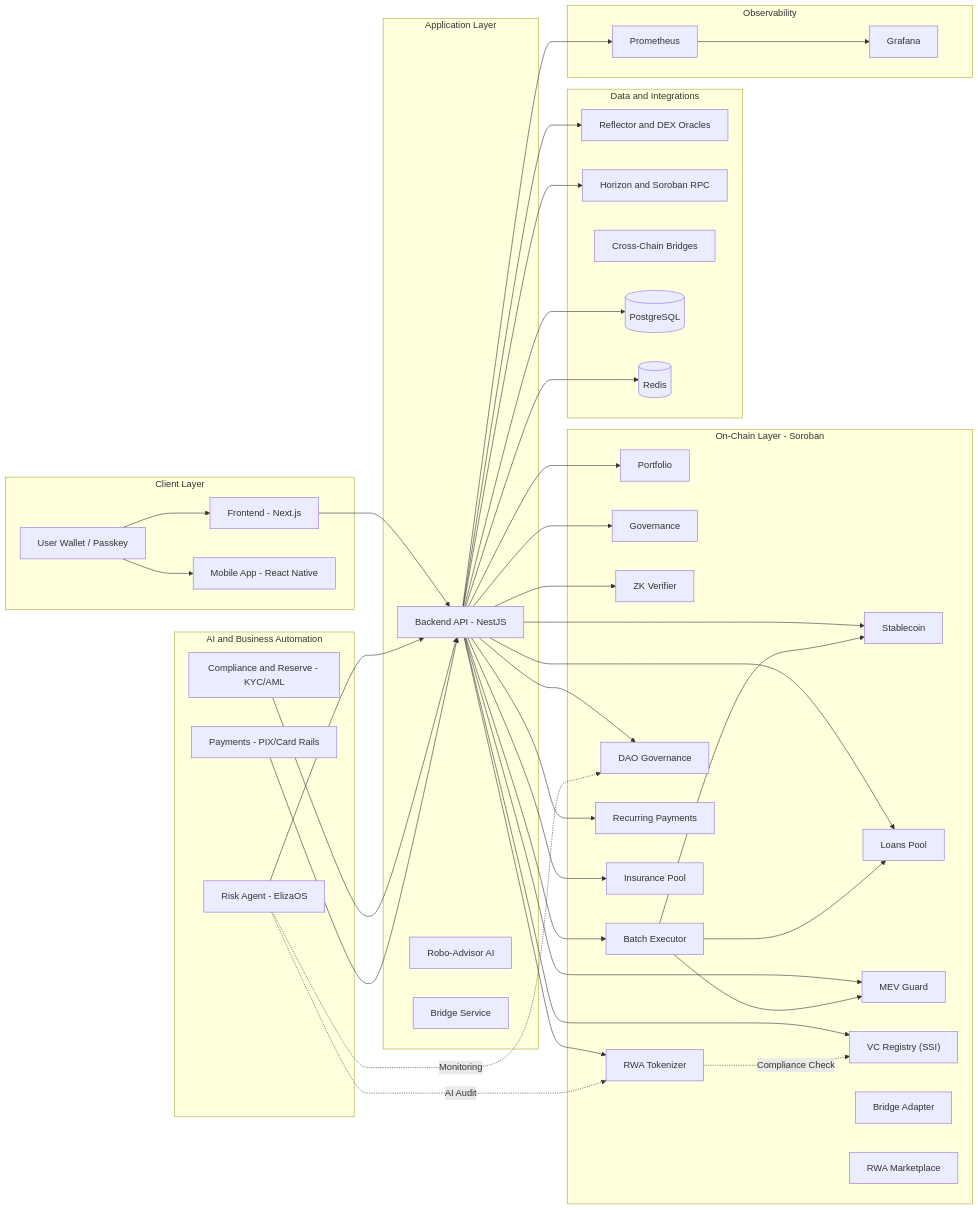
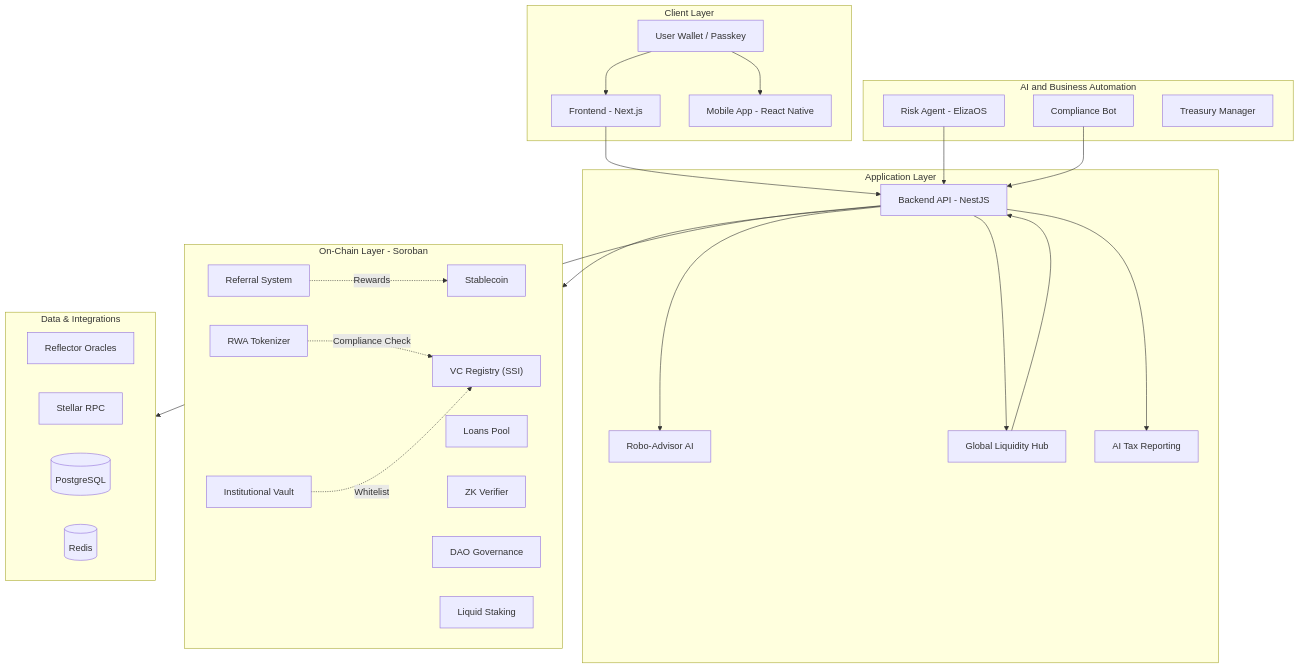
Before and after one commit to Jistriane/Stellaro: the diagram in README.md, drawn with Mermaid. The commit also changed other lines of this file and 45 other files, not shown here.

Commit message:
v7.4 - Code Freeze: Liquid Staking, Referral, Inst Vaults, Global Liquidity, Tax Reporting & Final Doc Clean

````diff
--- a/README.md
+++ b/README.md
@@ -204,5 +205,5 @@
 ```mermaid
-flowchart LR
+flowchart TD
   subgraph UI["Client Layer"]
     U["User Wallet / Passkey"]
     F["Frontend - Next.js"]
@@ -214,75 +215,48 @@
   subgraph API["Application Layer"]
     B["Backend API - NestJS"]
     RO["Robo-Advisor AI"]
-    BR["Bridge Service"]
+    LH["Global Liquidity Hub"]
+    T1["AI Tax Reporting"]
+    B --> RO
+    B --> LH
+    B --> T1
   end
 
   subgraph AGENTS["AI and Business Automation"]
     A1["Risk Agent - ElizaOS"]
-    A2["Compliance and Reserve - KYC/AML"]
-    A3["Payments - PIX/Card Rails"]
+    A2["Compliance Bot"]
+    A3["Treasury Manager"]
   end
 
   subgraph CHAIN["On-Chain Layer - Soroban"]
     C1["Stablecoin"]
     C2["Loans Pool"]
-    C3["Portfolio"]
-    C4["Governance"]
     C5["ZK Verifier"]
-    C6["Batch Executor"]
-    C7["MEV Guard"]
     C8["VC Registry (SSI)"]
     C9["RWA Tokenizer"]
     C10["DAO Governance"]
-    C11["Recurring Payments"]
-    C12["Insurance Pool"]
-    C13["Bridge Adapter"]
-    C14["RWA Marketplace"]
+    C15["Liquid Staking"]
+    C16["Referral System"]
+    C17["Institutional Vault"]
   end
 
-  subgraph DATA["Data and Integrations"]
-    O1["Reflector and DEX Oracles"]
-    O2["Horizon and Soroban RPC"]
-    O3["Cross-Chain Bridges"]
+  subgraph DATA["Data & Integrations"]
+    O1["Reflector Oracles"]
+    O2["Stellar RPC"]
     D1[(PostgreSQL)]
     D2[(Redis)]
-  end
-
-  subgraph OBS["Observability"]
-    M1["Prometheus"]
-    M2["Grafana"]
-    M1 --> M2
   end
 
   F --> B
   A1 --> B
   A2 --> B
-  A3 --> B
-
-  B --> C1
-  B --> C2
-  B --> C3
-  B --> C4
-  B --> C5
-  B --> C6
-  B --> C7
-  B --> C8
-  B --> C9
-  B --> C10
-  B --> C11
-  B --> C12
-
-  C6 --> C1
-  C6 --> C2
-  C6 --> C7
+  
+  B --> CHAIN
+  LH --> B
   
   C9 -.->|Compliance Check| C8
-  A1 -.->|AI Audit| C9
-  A1 -.->|Monitoring| C10
-
-  B --> O1
-  B --> O2
-  B --> D1
-  B --> D2
-  B --> M1
+  C17 -.->|Whitelist| C8
+  C16 -.->|Rewards| C1
+  
+  B --> DATA
 ```
````
